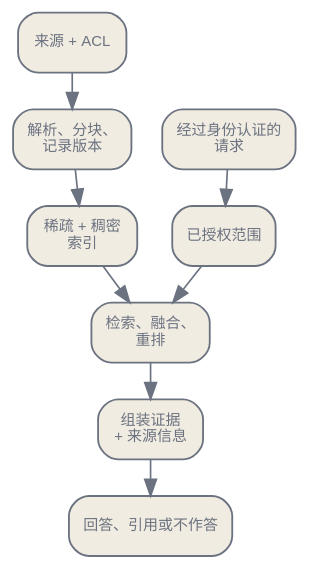
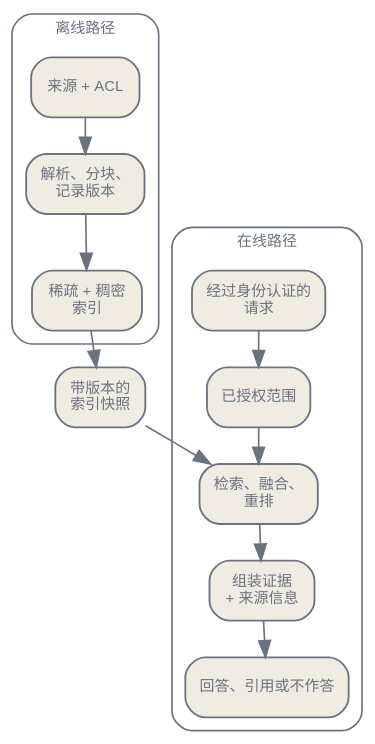
The diagram in zh/orchestration/08-rag-retrieval.qmd (latere-ai/ai-as-an-infrastructure), drawn with Graphviz before and after one commit. The commit also changed 1 other file, not shown here.

Commit message:
orchestration: retrieval contract diagram draws offline and online lanes joined at the index snapshot

````diff
--- a/zh/orchestration/08-rag-retrieval.qmd
+++ b/zh/orchestration/08-rag-retrieval.qmd
@@ -43,26 +43,31 @@
 ```{dot}
 //| label: fig-rag-runtime-contract
 //| fig-cap: "检索契约包括离线路径和在线路径。两条路径在带版本的索引快照处相接；授权在候选生成阶段限制搜索范围，随后检索文本才会进入重排或生成阶段。"
 digraph {
   bgcolor="transparent";
   rankdir=TB;
   nodesep=0.25;
   ranksep=0.30;
   node [shape=box, style="rounded,filled", fontname="Helvetica", fontsize=9, color="#6b7280", fontcolor="#6b7280", fillcolor="#f1ece1", penwidth=1.1];
   edge [fontname="Helvetica", fontsize=8, color="#6b7280", fontcolor="#6b7280"];
 
-  source [label="来源 + ACL"];
-  ingest [label="解析、分块、\n记录版本"];
-  index [label="稀疏 + 稠密\n索引"];
-  request [label="经过身份认证的\n请求"];
-  scope [label="已授权范围"];
-  retrieve [label="检索、融合、\n重排"];
-  pack [label="组装证据\n+ 来源信息"];
-  answer [label="回答、引用或不作答"];
-
-  source -> ingest -> index;
-  request -> scope -> retrieve;
-  index -> retrieve;
-  retrieve -> pack -> answer;
+  subgraph cluster_offline {
+    label="离线路径"; style=rounded; color="#6b7280"; fontcolor="#6b7280"; fontname="Helvetica"; fontsize=9;
+    source [label="来源 + ACL"];
+    ingest [label="解析、分块、\n记录版本"];
+    index [label="稀疏 + 稠密\n索引"];
+    source -> ingest -> index;
+  }
+  snapshot [label="带版本的\n索引快照"];
+  subgraph cluster_online {
+    label="在线路径"; style=rounded; color="#6b7280"; fontcolor="#6b7280"; fontname="Helvetica"; fontsize=9;
+    request [label="经过身份认证的\n请求"];
+    scope [label="已授权范围"];
+    retrieve [label="检索、融合、\n重排"];
+    pack [label="组装证据\n+ 来源信息"];
+    answer [label="回答、引用或不作答"];
+    request -> scope -> retrieve -> pack -> answer;
+  }
+  index -> snapshot -> retrieve;
 }
 ```
````
